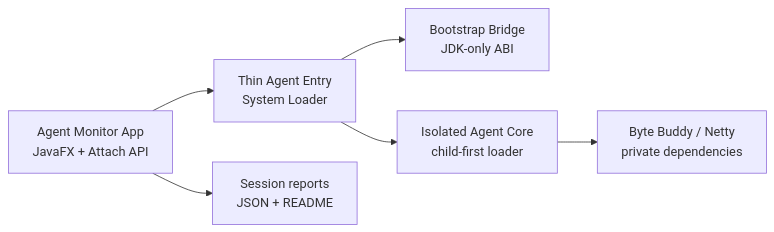
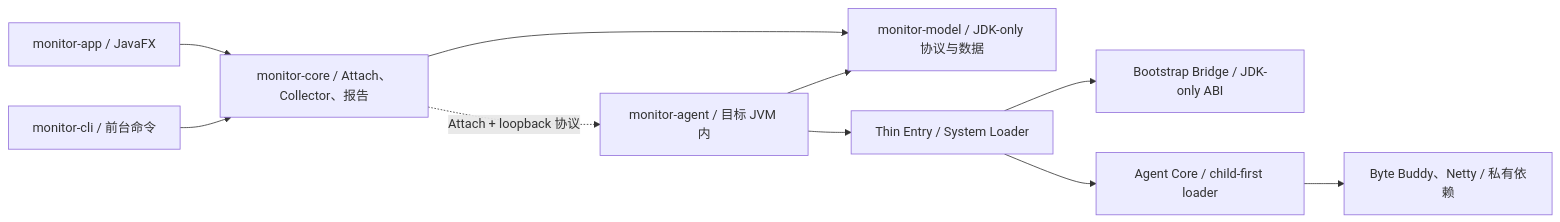
One commit to MrLawrenc/lawrence-agent changed the first of 2 diagrams in README.md. Above: the diagram before and after it, drawn with Mermaid. The commit also changed other lines of this file and 250 other files, not shown here.

Commit message:
Refactor monitoring architecture and desktop workflow

````diff
--- a/README.md
+++ b/README.md
@@ -92,8 +149,12 @@
 ```mermaid
 flowchart LR
-  APP["Agent Monitor App\nJavaFX + Attach API"] --> ENTRY["Thin Agent Entry\nSystem Loader"]
-  ENTRY --> BRIDGE["Bootstrap Bridge\nJDK-only ABI"]
-  ENTRY --> CORE["Isolated Agent Core\nchild-first loader"]
-  CORE --> BB["Byte Buddy / Netty\nprivate dependencies"]
-  APP --> REPORTS["Session reports\nJSON + README"]
+  APP["monitor-app / JavaFX"] --> HOST["monitor-core / Attach、Collector、报告"]
+  CLI["monitor-cli / 前台命令"] --> HOST
+  HOST --> MODEL["monitor-model / JDK-only 协议与数据"]
+  AGENT["monitor-agent / 目标 JVM 内"] --> MODEL
+  HOST -. "Attach + loopback 协议" .-> AGENT
+  AGENT --> ENTRY["Thin Entry / System Loader"]
+  ENTRY --> BRIDGE["Bootstrap Bridge / JDK-only ABI"]
+  ENTRY --> PAYLOAD["Agent Core / child-first loader"]
+  PAYLOAD --> LIB["Byte Buddy、Netty / 私有依赖"]
 ```
````
